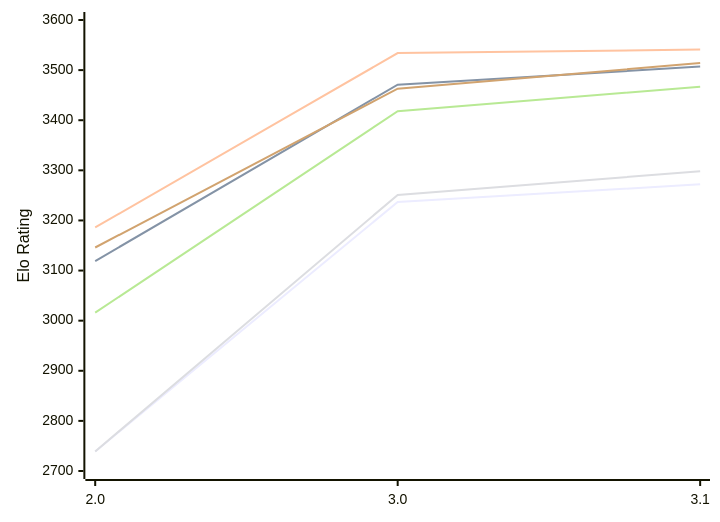
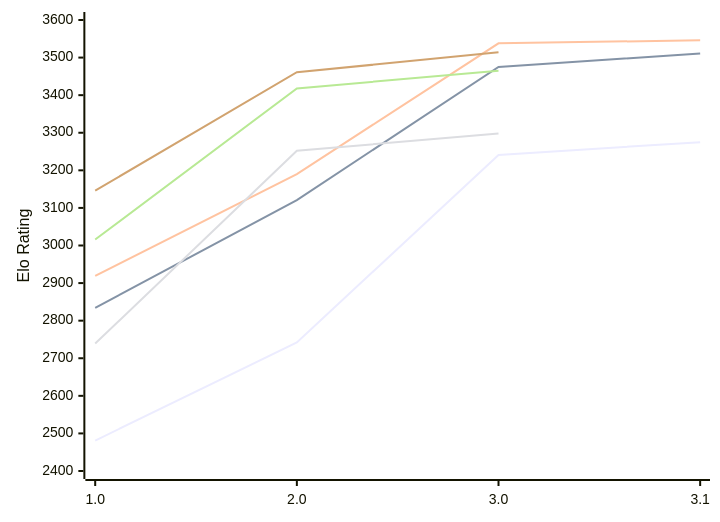
Before and after one commit to computer-chess-index/cci: the diagram in engines/Funcomp.md, drawn with Mermaid. The commit also changed other lines of this file, not shown here.

Commit message:
Update CCI Ratings (ELO VLTC) - 2026-11-22

````diff
--- a/engines/Funcomp.md
+++ b/engines/Funcomp.md
@@ -51,12 +52,12 @@
 ```mermaid
 %%{init: {"theme":"base","themeVariables":{"seriesColors:['#a3a3a3','#222221','#faa371']}}}%%
 xychart-beta
-  x-axis ["2.0", "3.0", "3.1"]
-  y-axis "Elo Rating" 2700 --> 3600
-  line "E1: STC (8.0+0.08s)" [2739, 3237, 3272]
-  line "E1: LTC (60.0+0.60s)" [3119, 3471, 3507]
-  line "E1: VLTC (2m24s+1.12s)" [3186, 3534, 3541]
-  line "P1: STC (8.0+0.08s)" [2739, 3251, 3298]
-  line "P1: LTC (60.0+0.60s)" [3016, 3418, 3467]
-  line "P1: VLTC (2m24s+1.12s)" [3146, 3463, 3514]
+  x-axis ["1.0", "2.0", "3.0", "3.1"]
+  y-axis "Elo Rating" 2400 --> 3600
+  line "E1: STC (8.0+0.08s)" [2481, 2742, 3241, 3275]
+  line "E1: LTC (60.0+0.60s)" [2834, 3121, 3475, 3511]
+  line "E1: VLTC (2m24s+1.12s)" [2919, 3190, 3538, 3546]
+  line "P1: STC (8.0+0.08s)" [2739, 3252, 3298]
+  line "P1: LTC (60.0+0.60s)" [3016, 3418, 3465]
+  line "P1: VLTC (2m24s+1.12s)" [3146, 3461, 3514]
 ```
````
